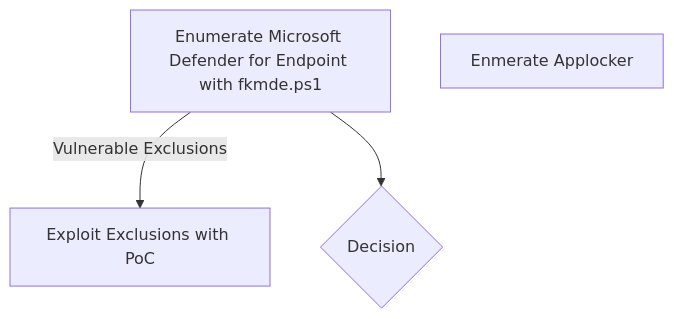
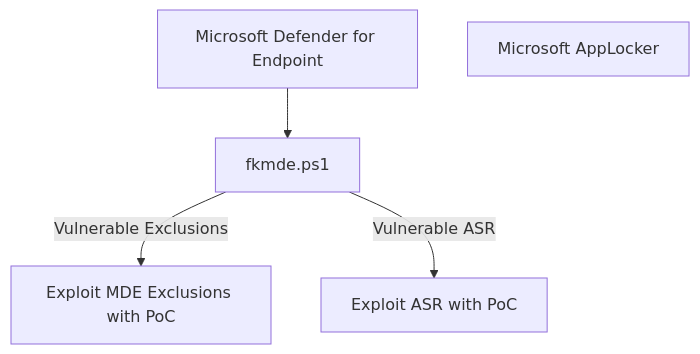
Before and after one commit to fkxdr/fkxdr-mindmaps: the diagram in README.md, drawn with Mermaid.

````diff
--- a/README.md
+++ b/README.md
@@ -18,7 +18,8 @@
 ```mermaid
 flowchart TD
-    A[ Enumerate Microsoft Defender for Endpoint with fkmde.ps1  ] 
-    -->| Vulnerable Exclusions | B[ Exploit Exclusions with PoC ]
-    P[ Enmerate Applocker ]
-    A --> C{ Decision }
+    MDE[ Microsoft Defender for Endpoint ]
+    --> MDEA[ fkmde.ps1 ]
+    -->| Vulnerable Exclusions | MDEB[ Exploit MDE Exclusions with PoC ]
+    MDEA -->| Vulnerable ASR | MDEC[ Exploit ASR with PoC ]
+    APP[ Microsoft AppLocker ]
 ```
````
